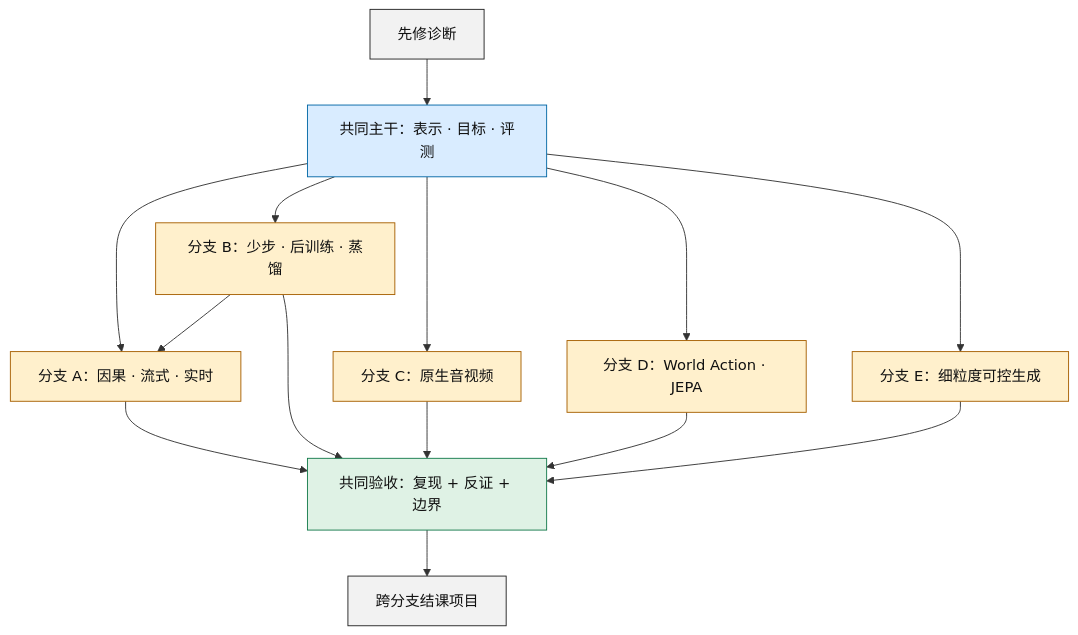
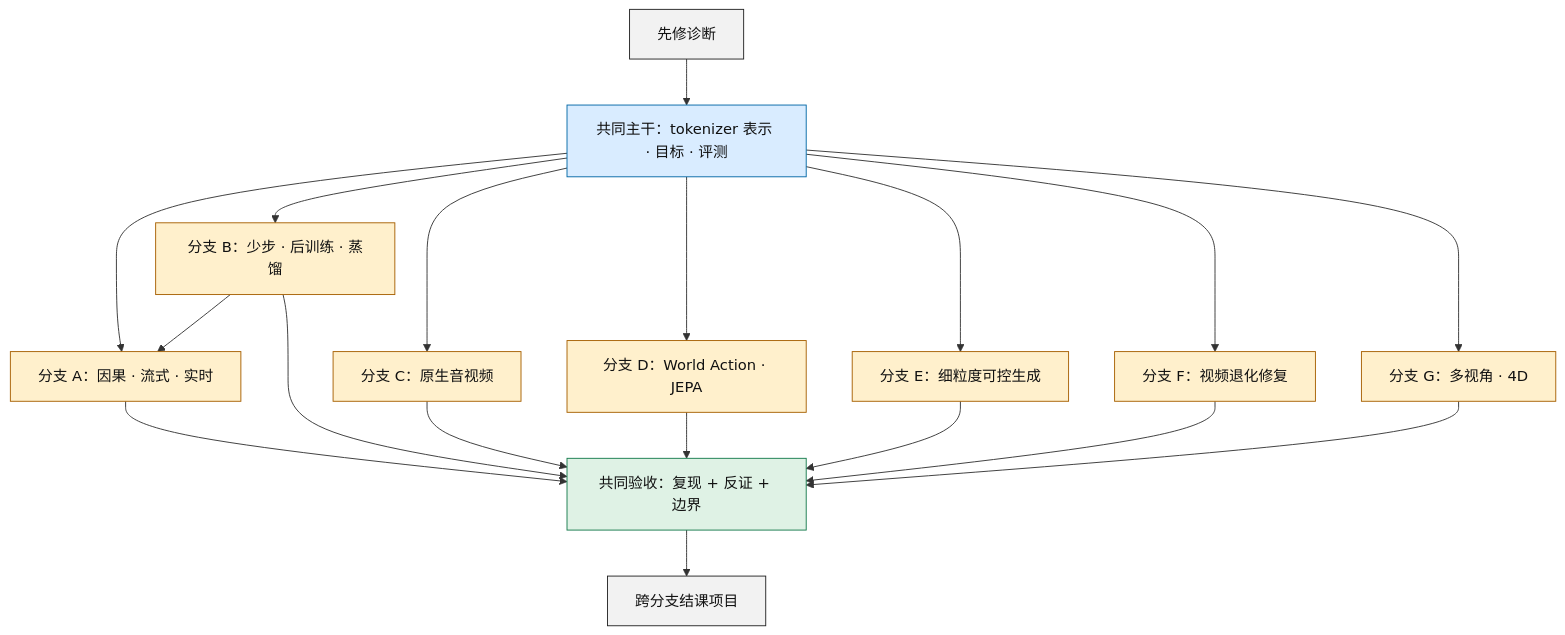
One commit to GVCLab/Video-Generation-101 changed the first of 2 diagrams in docs/reading-list.md. Above: the diagram before and after it, drawn with Mermaid. The commit also changed other lines of this file and 32 other files, not shown here.

````diff
--- a/docs/reading-list.md
+++ b/docs/reading-list.md
@@ -40,28 +42,32 @@
 ```mermaid
 flowchart TB
     accTitle: 视频生成论文课程的依赖路线
-    accDescr: 学习者先完成先修诊断，再通过表示、生成目标和评测组成的共同主干。之后可选择因果流式、少步与后训练、原生音视频、World Action 与 JEPA、细粒度可控生成五条分支。每条分支都进入共同验收，并以跨分支结课项目结束。
+    accDescr: 学习者先完成先修诊断，再通过 tokenizer 表示、生成目标和评测组成的共同主干。之后可选择因果流式、少步与后训练、原生音视频、World Action 与 JEPA、细粒度可控生成、视频退化修复、多视角与4D七条分支。每条分支都进入共同验收，并以跨分支结课项目结束。
 
-    P["先修诊断"] --> K["共同主干：表示 · 目标 · 评测"]
+    P["先修诊断"] --> K["共同主干：tokenizer 表示 · 目标 · 评测"]
     K --> S["分支 A：因果 · 流式 · 实时"]
     K --> D["分支 B：少步 · 后训练 · 蒸馏"]
     K --> A["分支 C：原生音视频"]
     K --> W["分支 D：World Action · JEPA"]
     K --> G["分支 E：细粒度可控生成"]
+    K --> R["分支 F：视频退化修复"]
+    K --> M["分支 G：多视角 · 4D"]
     D --> S
     S --> V["共同验收：复现 + 反证 + 边界"]
     D --> V
     A --> V
     W --> V
     G --> V
+    R --> V
+    M --> V
     V --> C["跨分支结课项目"]
 
     classDef gate fill:#f2f2f2,stroke:#222,color:#111
     classDef trunk fill:#d9ecff,stroke:#0067a5,color:#111
     classDef branch fill:#fff0cc,stroke:#a65f00,color:#111
     classDef verify fill:#dff2e5,stroke:#147a4b,color:#111
     class P,C gate
     class K trunk
-    class S,D,A,W,G branch
+    class S,D,A,W,G,R,M branch
     class V verify
 ```
````
